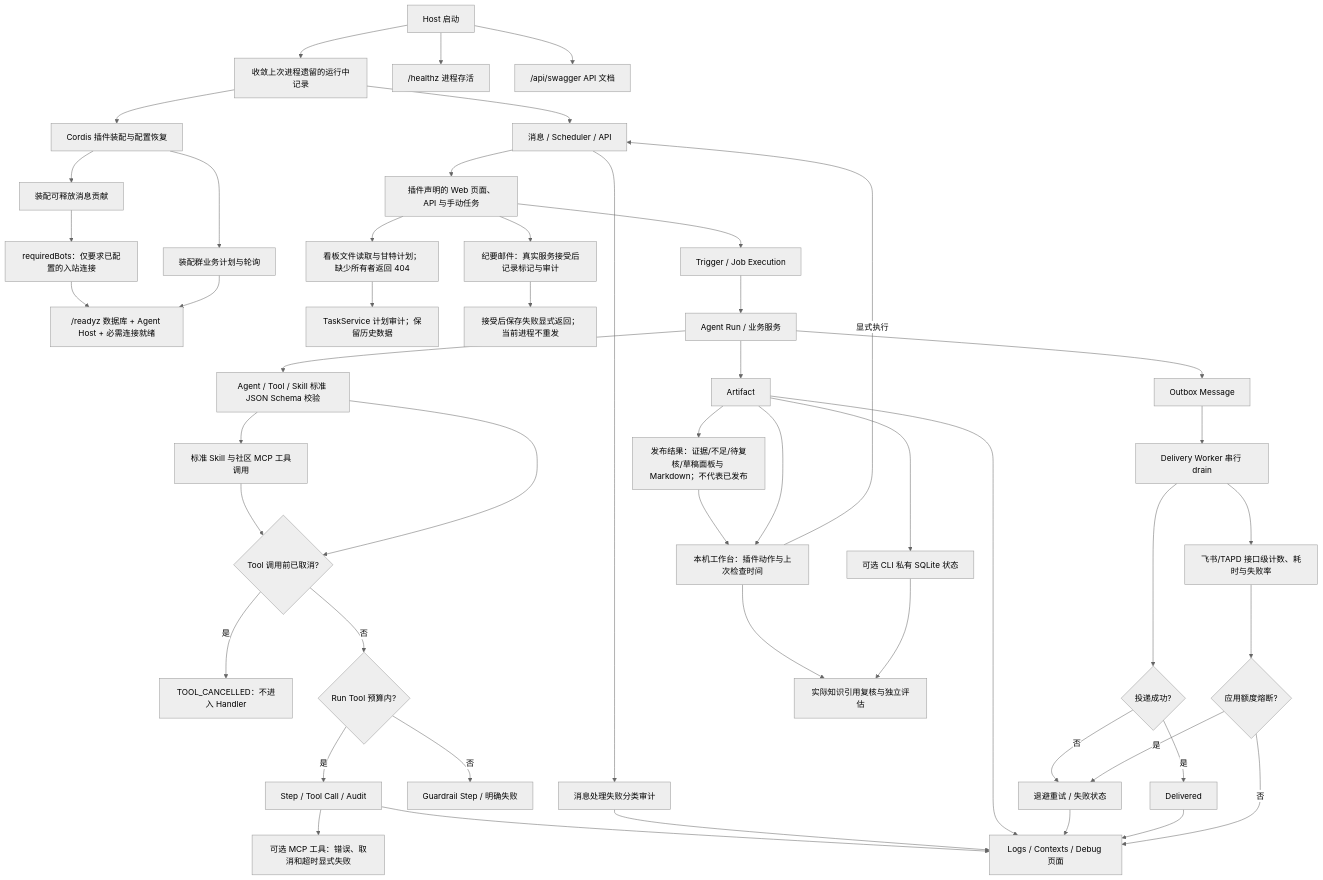
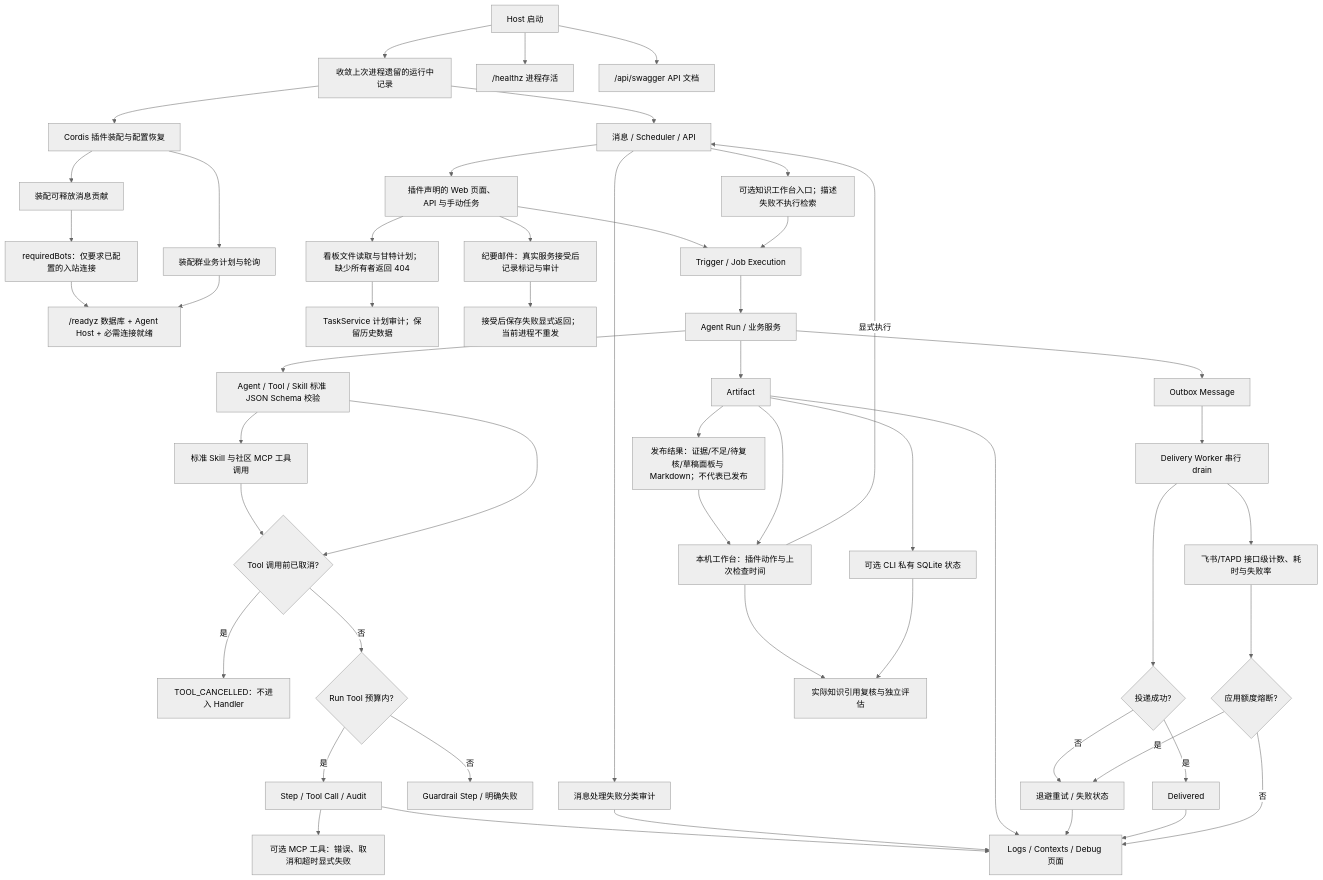
The diagram in backend/src/platform/runtime/FEATURE.md (KlayPeter/AI-Delivery-Ops-Agent), drawn with Mermaid (neutral theme) before and after one commit. The commit also changed other lines of this file and 25 other files, not shown here.

````diff
--- a/backend/src/platform/runtime/FEATURE.md
+++ b/backend/src/platform/runtime/FEATURE.md
@@ -21,52 +21,54 @@
 ```mermaid
 flowchart TD
     R["Host 启动"] --> S["收敛上次进程遗留的运行中记录"]
     R --> Q["/healthz 进程存活"]
     R --> OAPI["/api/swagger API 文档"]
     S --> P["Cordis 插件装配与配置恢复"]
     P --> MR["装配可释放消息贡献"]
     MR --> BC["requiredBots：仅要求已配置的入站连接"]
     BC --> Z["/readyz 数据库 + Agent Host + 必需连接就绪"]
     P --> SJ[装配群业务计划与轮询]
     SJ --> Z
     S --> A["消息 / Scheduler / API"]
     A --> WOWN[插件声明的 Web 页面、API 与手动任务]
     WOWN --> PV[看板文件读取与甘特计划；缺少所有者返回 404]
     PV --> PA[TaskService 计划审计；保留历史数据]
     WOWN --> EMAIL[纪要邮件：真实服务接受后记录标记与审计]
     EMAIL --> UNCERTAIN[接受后保存失败显式返回；当前进程不重发]
     WOWN --> B["Trigger / Job Execution"]
     B --> C["Agent Run / 业务服务"]
     C --> SC[Agent / Tool / Skill 标准 JSON Schema 校验]
     SC --> C7[标准 Skill 与社区 MCP 工具调用]
     C7 --> TC
     SC --> TC{"Tool 调用前已取消?"}
     D --> MCP[可选 MCP 工具：错误、取消和超时显式失败]
     TC -- 是 --> TR["TOOL_CANCELLED：不进入 Handler"]
     TC -- 否 --> L{"Run Tool 预算内?"}
     L -- 是 --> D["Step / Tool Call / Audit"]
     L -- 否 --> M["Guardrail Step / 明确失败"]
     C --> E["Artifact"]
     C --> F["Outbox Message"]
     F --> G["Delivery Worker 串行 drain"]
     G --> H{"投递成功?"}
     H -- 否 --> I["退避重试 / 失败状态"]
     H -- 是 --> J["Delivered"]
     D --> K["Logs / Contexts / Debug 页面"]
     A --> X["消息处理失败分类审计"]
     X --> K
+    A --> KW[可选知识工作台入口；描述失败不执行检索]
+    KW --> B
     E --> RELEASE[发布结果：证据/不足/待复核/草稿面板与 Markdown；不代表已发布]
     RELEASE --> WA
     E --> WA[本机工作台：插件动作与上次检查时间]
     WA -- 显式执行 --> A
     WA --> IC
     E --> KS[可选 CLI 私有 SQLite 状态]
     KS --> IC[实际知识引用复核与独立评估]
     E --> K
     I --> K
     J --> K
     G --> Y["飞书/TAPD 接口级计数、耗时与失败率"]
     Y --> Z1{"应用额度熔断?"}
     Z1 -- "是" --> I
     Z1 -- "否" --> K
 ```
````
